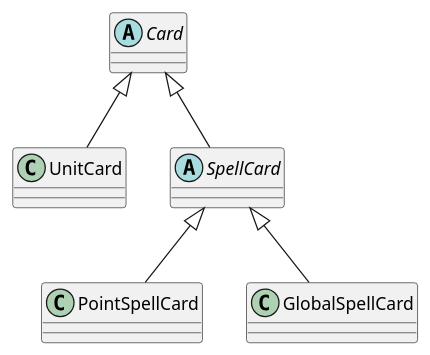
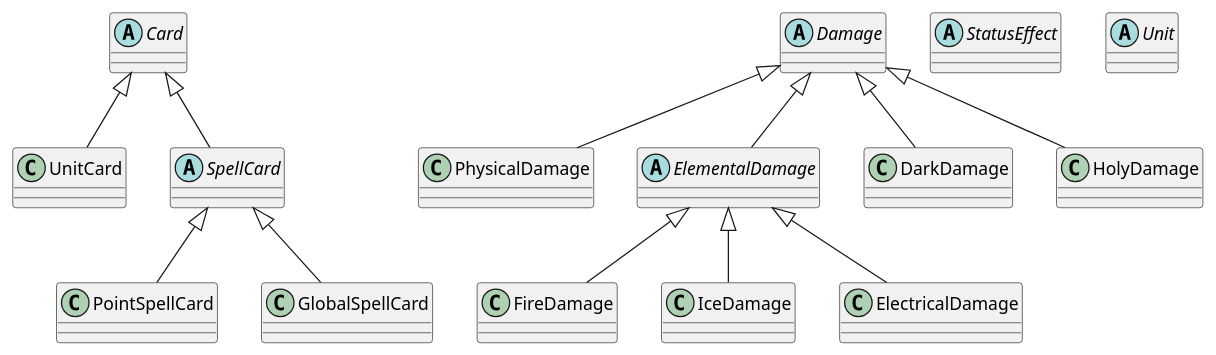
Before and after one commit to ostapmalanyak/Vermitten: the diagram in classDiagram.puml, drawn with PlantUML. The commit also changed 1 other file, not shown here.

Commit message:
Expanded the class diagram

```diff
--- a/classDiagram.puml
+++ b/classDiagram.puml
@@ -1,23 +1,65 @@
 @startuml
     abstract class Card{
         
     }
     class UnitCard{
     
     }
     abstract SpellCard{
         
     }
     class PointSpellCard{
         
     }
     class GlobalSpellCard{
         
     }
     
+    abstract class Damage{
+        
+    }
+    class PhysicalDamage{
+        
+    }
+    abstract class ElementalDamage{
+        
+    }
+    class FireDamage{
+        
+    }
+    class IceDamage{
+        
+    }
+    class ElectricalDamage{
+        
+    }
+    
+    class DarkDamage{
+        
+    }
+    class HolyDamage{
+        
+    }
+    
+    abstract class StatusEffect{
+    
+    }
+    
+    abstract class Unit{
+    
+    }
+    
+    Damage <|-- ElementalDamage
+    Damage <|-- DarkDamage
+    Damage <|-- HolyDamage
+    Damage <|-- PhysicalDamage
+    ElementalDamage <|-- FireDamage
+    ElementalDamage <|-- IceDamage
+    ElementalDamage <|-- ElectricalDamage
+    
     Card <|-- SpellCard
     Card <|-- UnitCard
     SpellCard <|-- GlobalSpellCard
     SpellCard <|-- PointSpellCard
     
 @enduml
```
